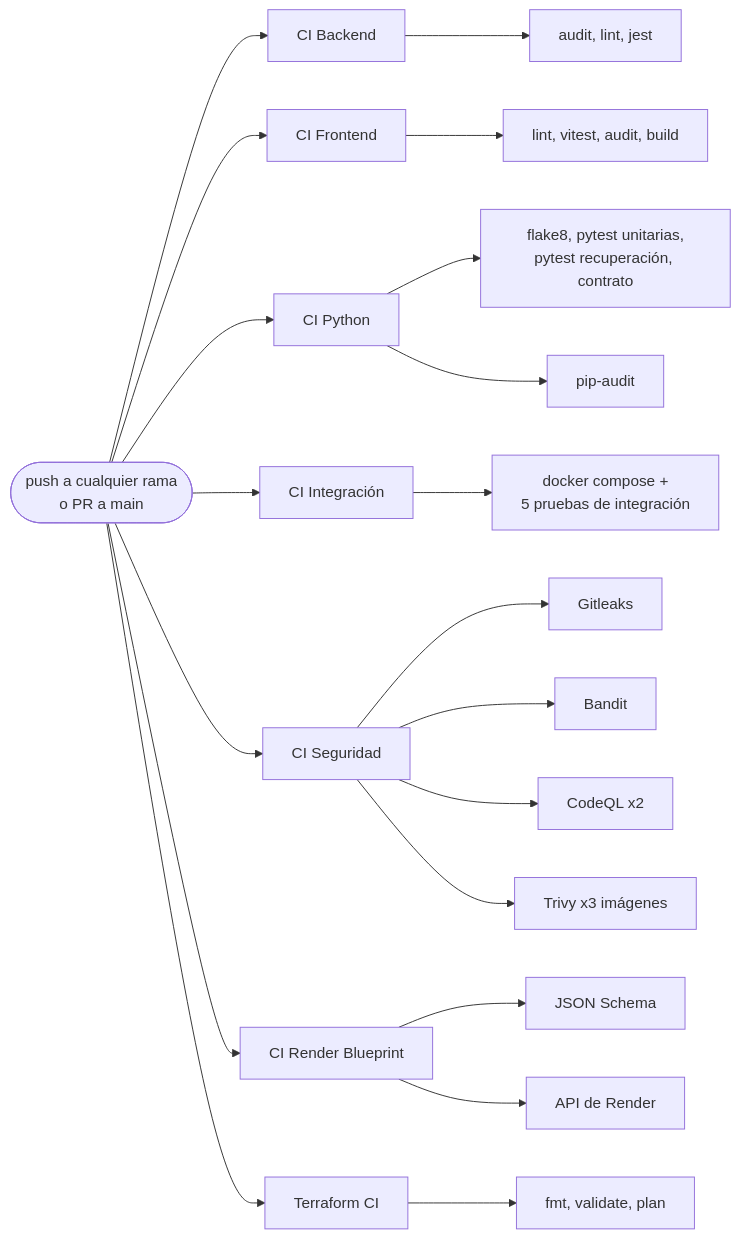
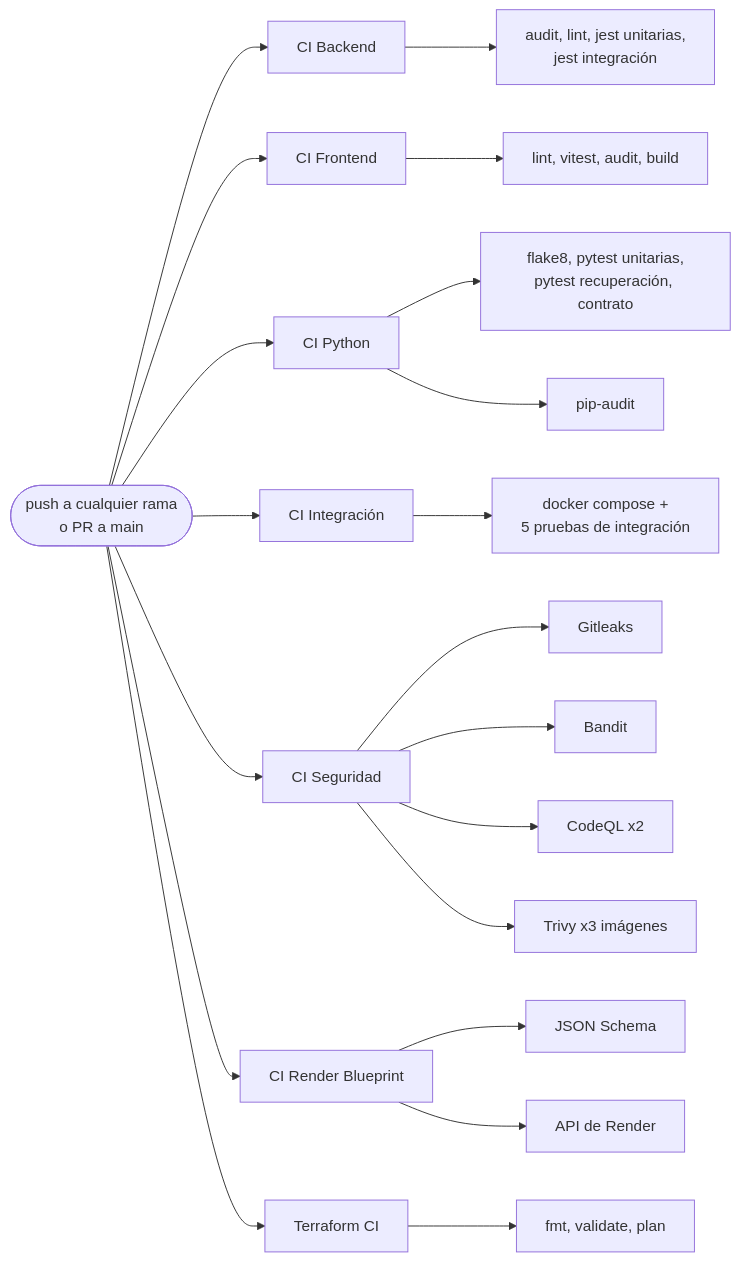
The diagram in docs/pipeline-devsecops.md (Nachetao/FoodAware-Project), drawn with Mermaid before and after one commit. The commit also changed other lines of this file and 7 other files, not shown here.

````diff
--- a/docs/pipeline-devsecops.md
+++ b/docs/pipeline-devsecops.md
@@ -23,23 +23,23 @@
 ```mermaid
 flowchart LR
     Evento(["push a cualquier rama<br/>o PR a main"]) --> B["CI Backend"]
     Evento --> F["CI Frontend"]
     Evento --> P["CI Python"]
     Evento --> I["CI Integración"]
     Evento --> S["CI Seguridad"]
     Evento --> R["CI Render Blueprint"]
     Evento --> T["Terraform CI"]
 
-    B --> B1["audit, lint, jest"]
+    B --> B1["audit, lint, jest unitarias,<br/>jest integración"]
     F --> F1["lint, vitest, audit, build"]
     P --> P1["flake8, pytest unitarias,<br/>pytest recuperación, contrato"]
     P --> P2["pip-audit"]
     I --> I1["docker compose +<br/>5 pruebas de integración"]
     S --> S1["Gitleaks"]
     S --> S2["Bandit"]
     S --> S3["CodeQL x2"]
     S --> S4["Trivy x3 imágenes"]
     R --> R1["JSON Schema"]
     R --> R2["API de Render"]
     T --> T1["fmt, validate, plan"]
 ```
````
